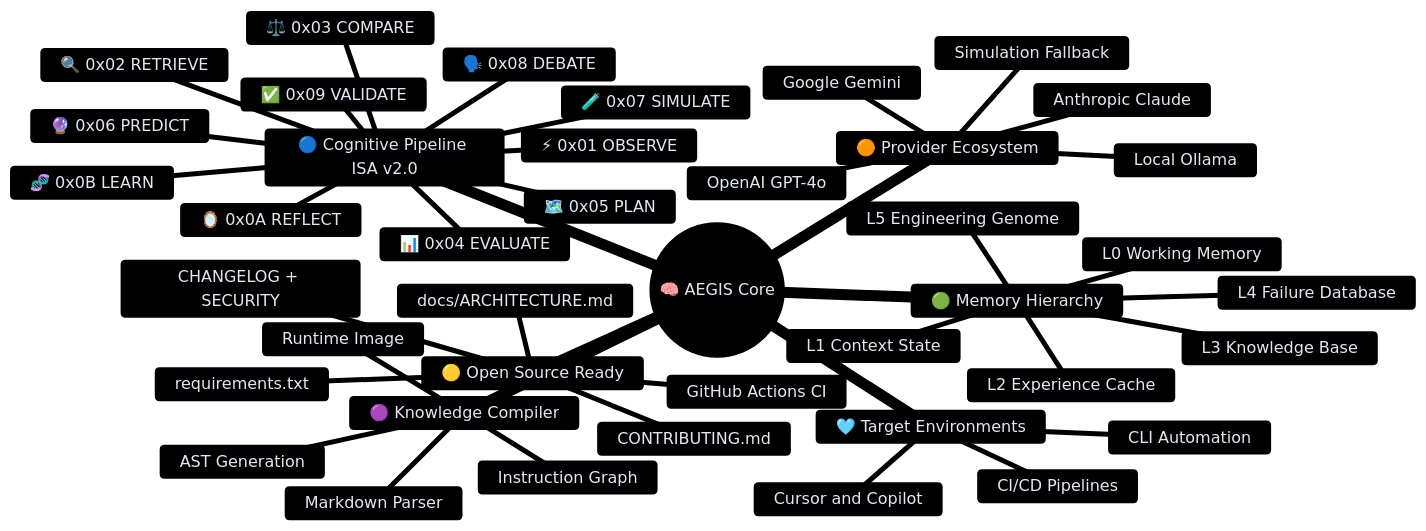
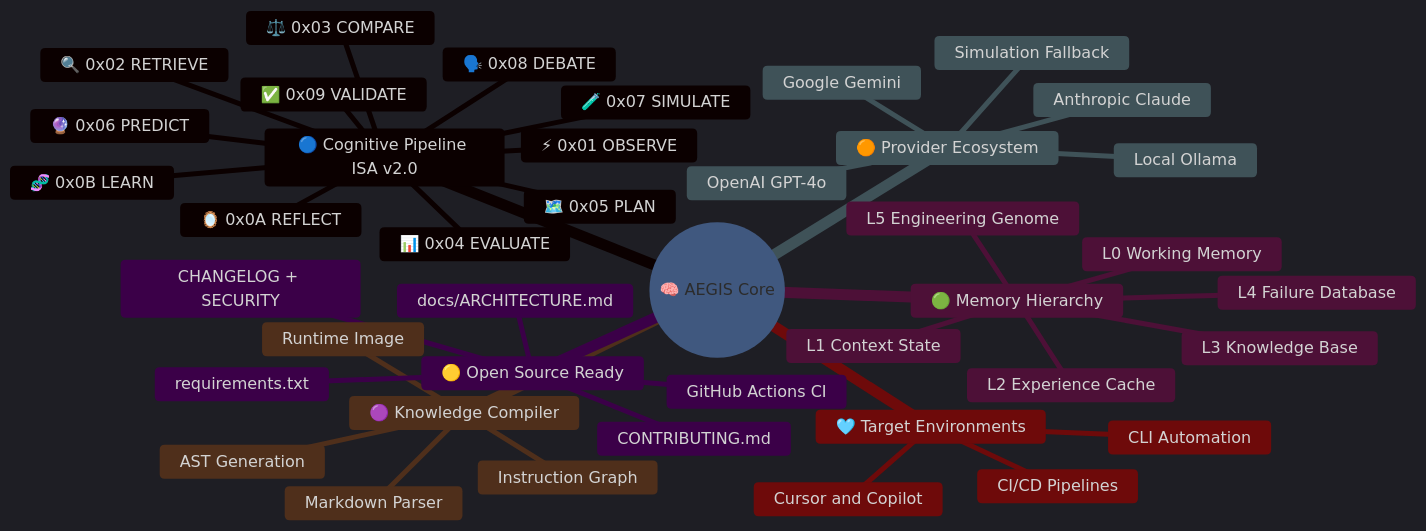
The diagram in README.md (wahyunuriman999/AEGIS-Core), drawn with Mermaid before and after one commit.

Commit message:
style(readme): fix mindmap branch colors to bright cyan and use dark theme

````diff
--- a/README.md
+++ b/README.md
@@ -44,63 +44,59 @@
 ```mermaid
 %%{init: {
-  "theme": "base",
+  "theme": "dark",
   "themeVariables": {
     "primaryColor": "#0f172a",
-    "primaryTextColor": "#e2e8f0",
-    "primaryBorderColor": "#38bdf8",
-    "lineColor": "#64748b",
+    "primaryTextColor": "#f8fafc",
+    "primaryBorderColor": "#0ea5e9",
+    "lineColor": "#0ea5e9",
     "secondaryColor": "#1e293b",
     "tertiaryColor": "#0f172a",
     "background": "#020617",
     "mainBkg": "#0f172a",
-    "nodeBorder": "#38bdf8",
-    "clusterBkg": "#1e293b",
-    "titleColor": "#38bdf8",
-    "edgeLabelBackground": "#1e293b",
-    "attributeBackgroundColorEven": "#1e293b",
-    "attributeBackgroundColorOdd": "#0f172a"
+    "nodeBorder": "#0ea5e9",
+    "clusterBkg": "#1e293b"
   }
 }}%%
 mindmap
   root((🧠 AEGIS Core))
     🔵 Cognitive Pipeline ISA v2.0
       ⚡ 0x01 OBSERVE
       🔍 0x02 RETRIEVE
       ⚖️ 0x03 COMPARE
       📊 0x04 EVALUATE
       🗺️ 0x05 PLAN
       🔮 0x06 PREDICT
       🧪 0x07 SIMULATE
       🗣️ 0x08 DEBATE
       ✅ 0x09 VALIDATE
       🪞 0x0A REFLECT
       🧬 0x0B LEARN
     🟢 Memory Hierarchy
       L0 Working Memory
       L1 Context State
       L2 Experience Cache
       L3 Knowledge Base
       L4 Failure Database
       L5 Engineering Genome
     🟠 Provider Ecosystem
       OpenAI GPT-4o
       Anthropic Claude
       Google Gemini
       Local Ollama
       Simulation Fallback
     🟣 Knowledge Compiler
       Markdown Parser
       AST Generation
       Instruction Graph
       Runtime Image
     🩵 Target Environments
       CLI Automation
       Cursor and Copilot
       CI/CD Pipelines
     🟡 Open Source Ready
       requirements.txt
       CONTRIBUTING.md
       GitHub Actions CI
       CHANGELOG + SECURITY
       docs/ARCHITECTURE.md
 ```
````
